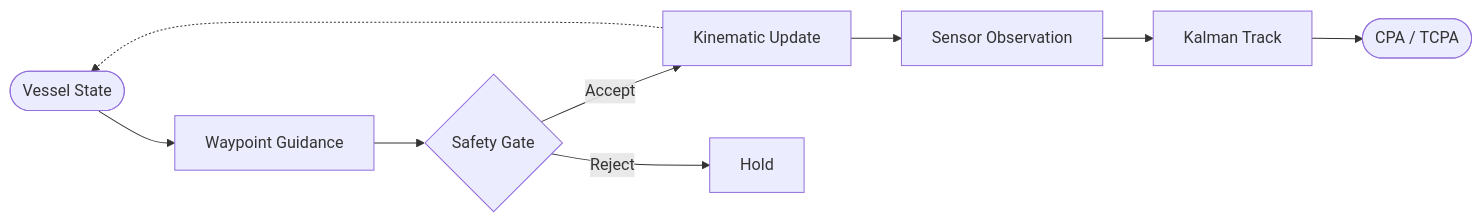
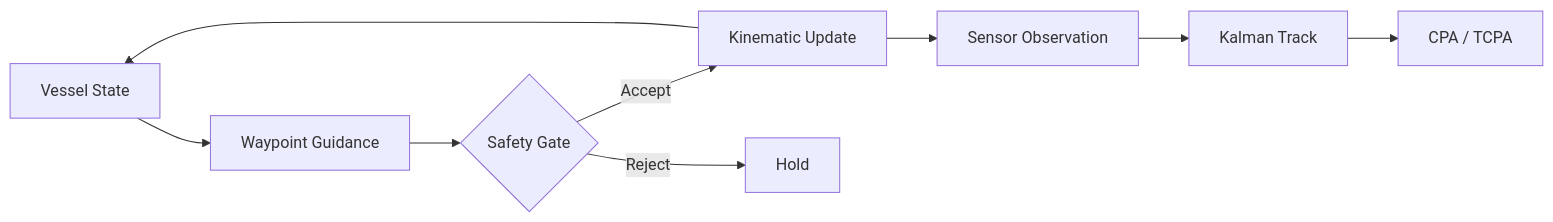
One commit to AHMADALIPARR/sea_hunter_research changed the first of 2 diagrams in README.md. Above: the diagram before and after it, drawn with Mermaid. The commit also changed other lines of this file, not shown here.

Commit message:
Fix mermaid diagrams for GitHub rendering and remove broken citation tags

````diff
--- a/README.md
+++ b/README.md
@@ -108,11 +108,11 @@
 ```mermaid
 flowchart LR
-    A([Vessel State]) --> B[Waypoint Guidance]
-    B --> C{Safety Gate}
-    C -->|Accept| D[Kinematic Update]
-    C -->|Reject| E[Hold]
-    D --> F[Sensor Observation]
-    F --> G[Kalman Track]
-    G --> H([CPA / TCPA])
-    D -.-> A
+    state[Vessel State] --> guidance[Waypoint Guidance]
+    guidance --> gate{Safety Gate}
+    gate -->|Accept| update[Kinematic Update]
+    gate -->|Reject| hold[Hold]
+    update --> sensor[Sensor Observation]
+    sensor --> track[Kalman Track]
+    track --> cpa[CPA / TCPA]
+    update --> state
 ```
````
